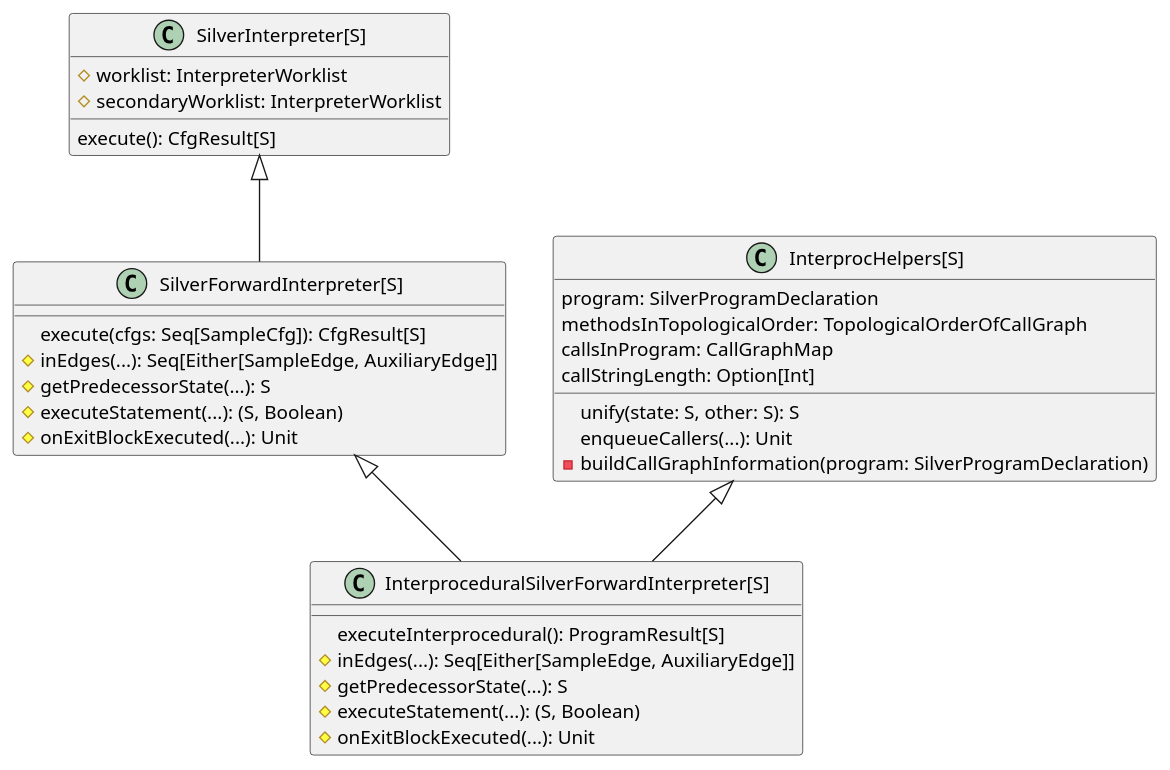
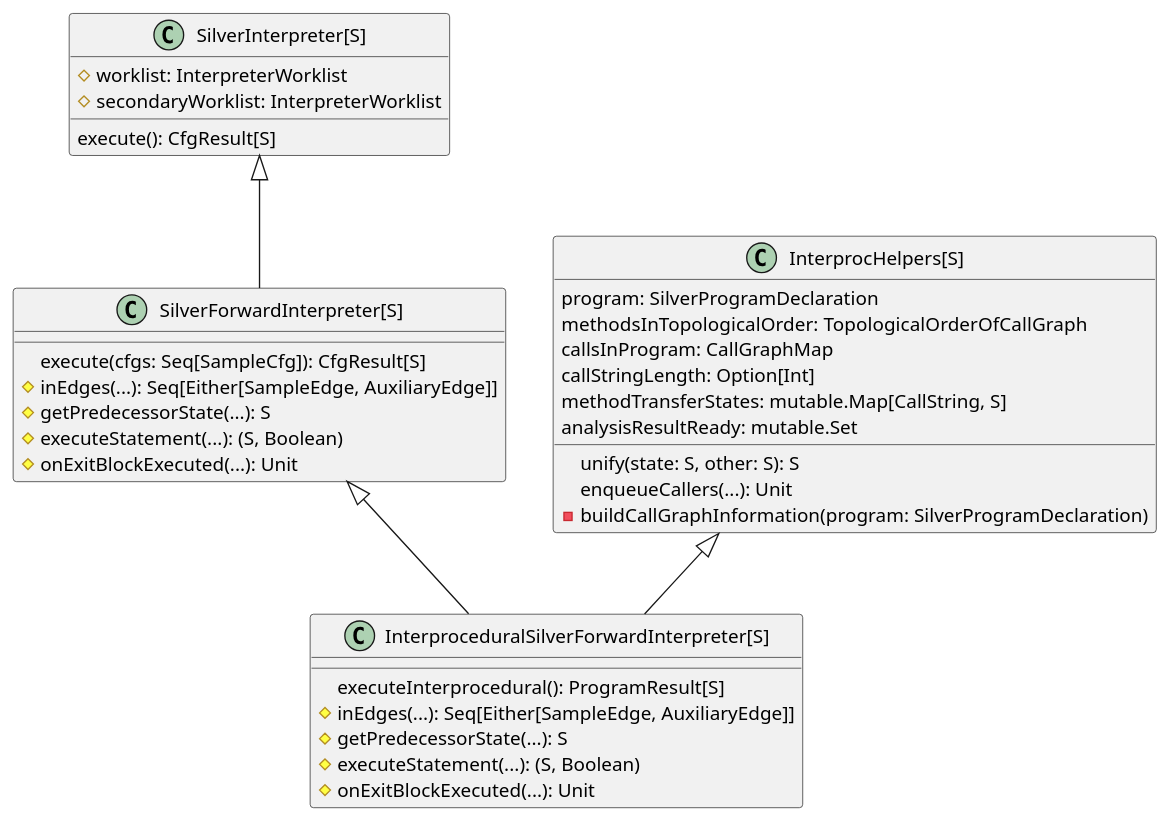
Before and after one commit to viperproject/sample: the diagram in Diagrams/Interpreters.pu, drawn with PlantUML. The commit also changed 1 other file, not shown here.

Commit message:
diagrams

```diff
--- a/Diagrams/Interpreters.pu
+++ b/Diagrams/Interpreters.pu
@@ -1,34 +1,36 @@
 @startuml
 
 "SilverInterpreter[S]" <|-- "SilverForwardInterpreter[S]"
 
 "SilverInterpreter[S]" : #worklist: InterpreterWorklist
 "SilverInterpreter[S]" : #secondaryWorklist: InterpreterWorklist
 "SilverInterpreter[S]" : execute(): CfgResult[S]
 
 "SilverForwardInterpreter[S]" <|-- "InterproceduralSilverForwardInterpreter[S]"
 "SilverForwardInterpreter[S]" : execute(cfgs: Seq[SampleCfg]): CfgResult[S]
 "SilverForwardInterpreter[S]" : #inEdges(...): Seq[Either[SampleEdge, AuxiliaryEdge]]
 "SilverForwardInterpreter[S]" : #getPredecessorState(...): S
 "SilverForwardInterpreter[S]" : #executeStatement(...): (S, Boolean)
 "SilverForwardInterpreter[S]" : #onExitBlockExecuted(...): Unit
 
 
 
 "InterprocHelpers[S]" <|-- "InterproceduralSilverForwardInterpreter[S]"
 
 "InterprocHelpers[S]" : program: SilverProgramDeclaration
 "InterprocHelpers[S]" : methodsInTopologicalOrder: TopologicalOrderOfCallGraph
 "InterprocHelpers[S]" : callsInProgram: CallGraphMap
 "InterprocHelpers[S]" : callStringLength: Option[Int]
+"InterprocHelpers[S]" : methodTransferStates: mutable.Map[CallString, S]
+"InterprocHelpers[S]" : analysisResultReady: mutable.Set
 "InterprocHelpers[S]" : unify(state: S, other: S): S
 "InterprocHelpers[S]" : enqueueCallers(...): Unit
 "InterprocHelpers[S]" : -buildCallGraphInformation(program: SilverProgramDeclaration)
 
 "InterproceduralSilverForwardInterpreter[S]" : executeInterprocedural(): ProgramResult[S]
 "InterproceduralSilverForwardInterpreter[S]" : #inEdges(...): Seq[Either[SampleEdge, AuxiliaryEdge]]
 "InterproceduralSilverForwardInterpreter[S]" : #getPredecessorState(...): S
 "InterproceduralSilverForwardInterpreter[S]" : #executeStatement(...): (S, Boolean)
 "InterproceduralSilverForwardInterpreter[S]" : #onExitBlockExecuted(...): Unit
 
 @enduml
```
